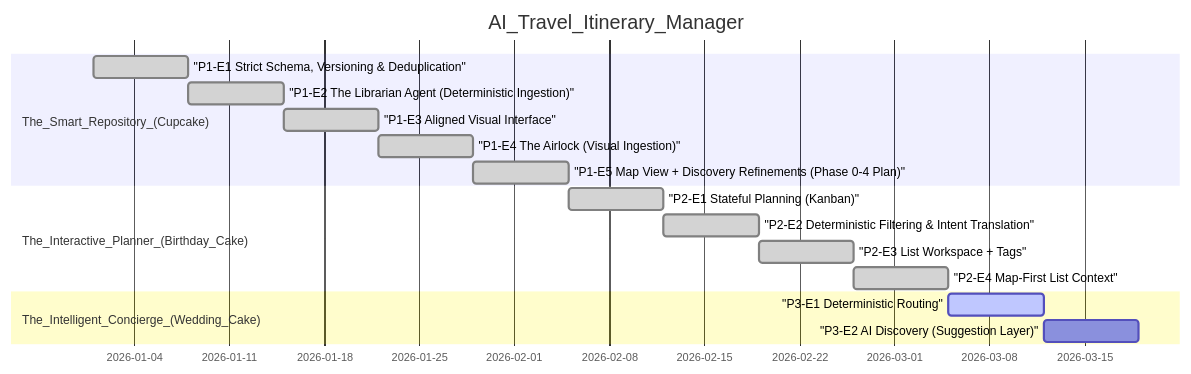
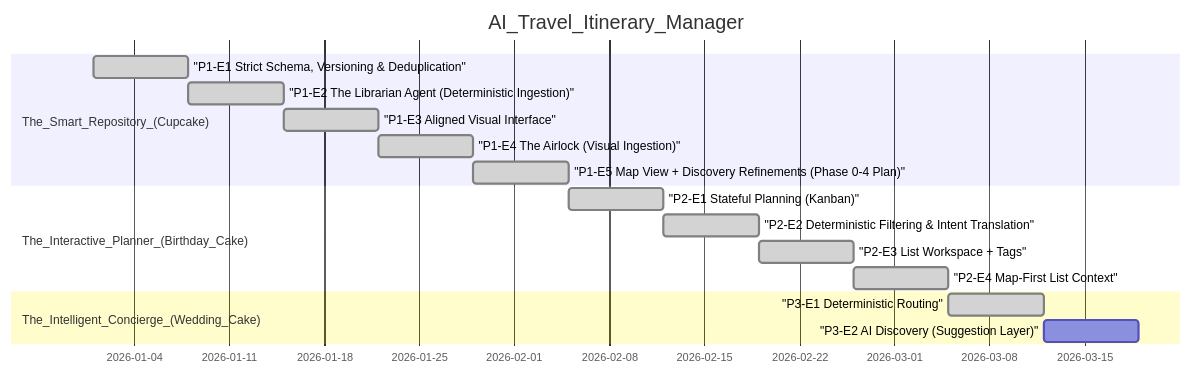
The diagram in CONTEXT.md (walshkang/acerca-trip-planner), drawn with Mermaid before and after one commit. The commit also changed other lines of this file and 12 other files, not shown here.

Commit message:
Implement deterministic routing API

````diff
--- a/CONTEXT.md
+++ b/CONTEXT.md
@@ -57,19 +57,19 @@
 ```mermaid
 gantt
   dateFormat YYYY-MM-DD
   title AI_Travel_Itinerary_Manager
   section The_Smart_Repository_(Cupcake)
   "P1-E1 Strict Schema, Versioning & Deduplication" :done, p1e1, 2026-01-01, 7d
   "P1-E2 The Librarian Agent (Deterministic Ingestion)" :done, p1e2, after p1e1, 7d
   "P1-E3 Aligned Visual Interface" :done, p1e3, after p1e2, 7d
   "P1-E4 The Airlock (Visual Ingestion)" :done, p1e4, after p1e3, 7d
   "P1-E5 Map View + Discovery Refinements (Phase 0-4 Plan)" :done, p1e5, after p1e4, 7d
   section The_Interactive_Planner_(Birthday_Cake)
   "P2-E1 Stateful Planning (Kanban)" :done, p2e1, after p1e5, 7d
   "P2-E2 Deterministic Filtering & Intent Translation" :done, p2e2, after p2e1, 7d
   "P2-E3 List Workspace + Tags" :done, p2e3, after p2e2, 7d
   "P2-E4 Map-First List Context" :done, p2e4, after p2e3, 7d
   section The_Intelligent_Concierge_(Wedding_Cake)
-  "P3-E1 Deterministic Routing" :active, p3e1, after p2e4, 7d
+  "P3-E1 Deterministic Routing" :done, p3e1, after p2e4, 7d
   "P3-E2 AI Discovery (Suggestion Layer)" :p3e2, after p3e1, 7d
 ```
````
